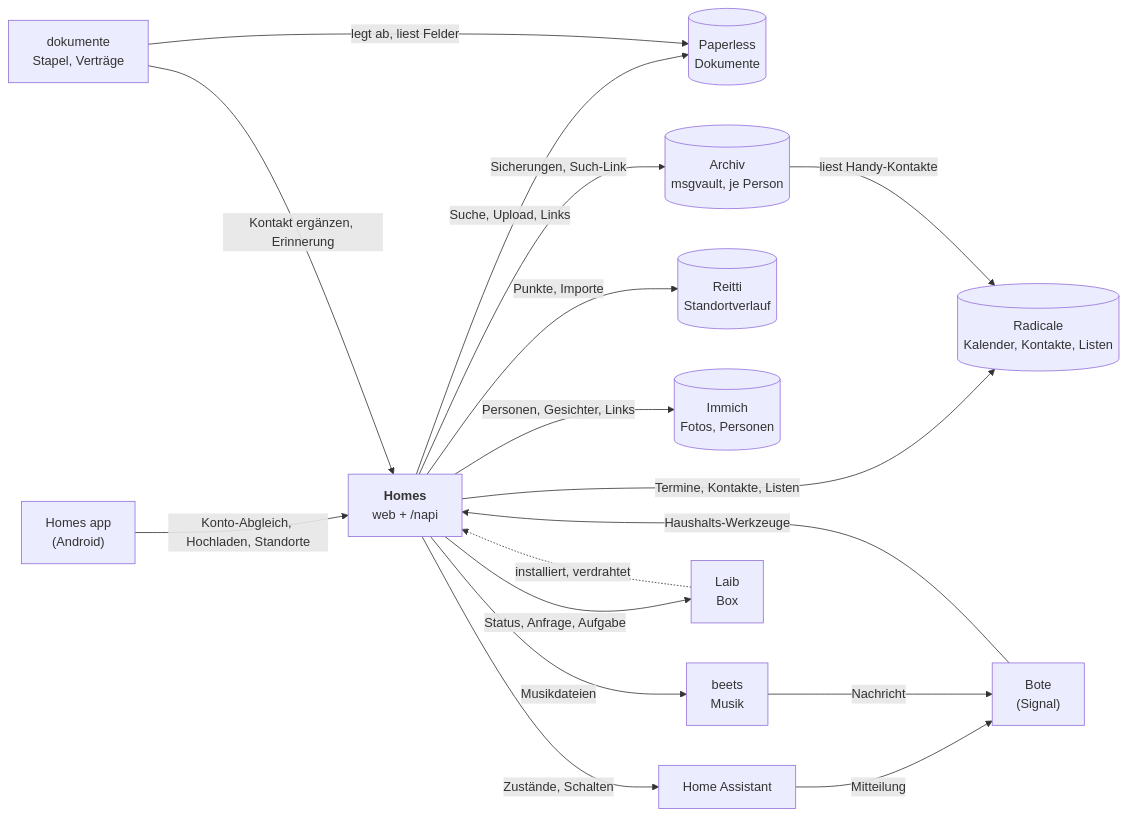
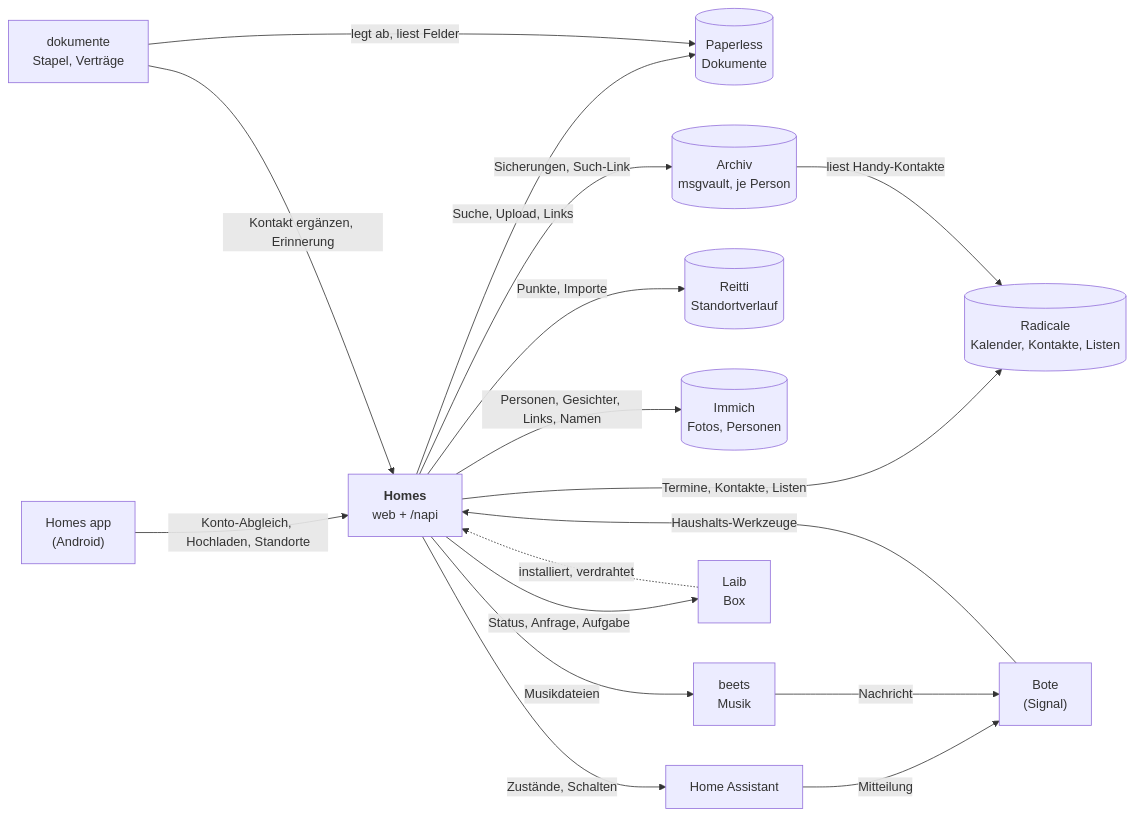
The first of 7 diagrams in docs/DOMAIN.md (mdopp/haus), drawn with Mermaid before and after one commit. The commit also changed other lines of this file and 23 other files, not shown here.

````diff
--- a/docs/DOMAIN.md
+++ b/docs/DOMAIN.md
@@ -54,32 +55,32 @@
 ```mermaid
 flowchart LR
   app["Homes app<br/>(Android)"]
   homes["<b>Homes</b><br/>web + /napi"]
   rad[("Radicale<br/>Kalender, Kontakte, Listen")]
   pl[("Paperless<br/>Dokumente")]
   dok["dokumente<br/>Stapel, Verträge"]
   arch[("Archiv<br/>msgvault, je Person")]
   reitti[("Reitti<br/>Standortverlauf")]
   immich[("Immich<br/>Fotos, Personen")]
   ha["Home Assistant"]
   bote["Bote<br/>(Signal)"]
   beets["beets<br/>Musik"]
   laib["Laib<br/>Box"]
 
   app -- "Konto-Abgleich, Hochladen, Standorte" --> homes
   homes -- "Termine, Kontakte, Listen" --> rad
   homes -- "Suche, Upload, Links" --> pl
   dok -- "legt ab, liest Felder" --> pl
   dok -- "Kontakt ergänzen, Erinnerung" --> homes
   homes -- "Sicherungen, Such-Link" --> arch
   arch -- "liest Handy-Kontakte" --> rad
   homes -- "Punkte, Importe" --> reitti
-  homes -- "Personen, Gesichter, Links" --> immich
+  homes -- "Personen, Gesichter, Links, Namen" --> immich
   homes -- "Zustände, Schalten" --> ha
   ha -- "Mitteilung" --> bote
   bote -- "Haushalts-Werkzeuge" --> homes
   homes -- "Musikdateien" --> beets
   beets -- "Nachricht" --> bote
   homes -- "Status, Anfrage, Aufgabe" --> laib
   laib -. "installiert, verdrahtet" .-> homes
 ```
````
